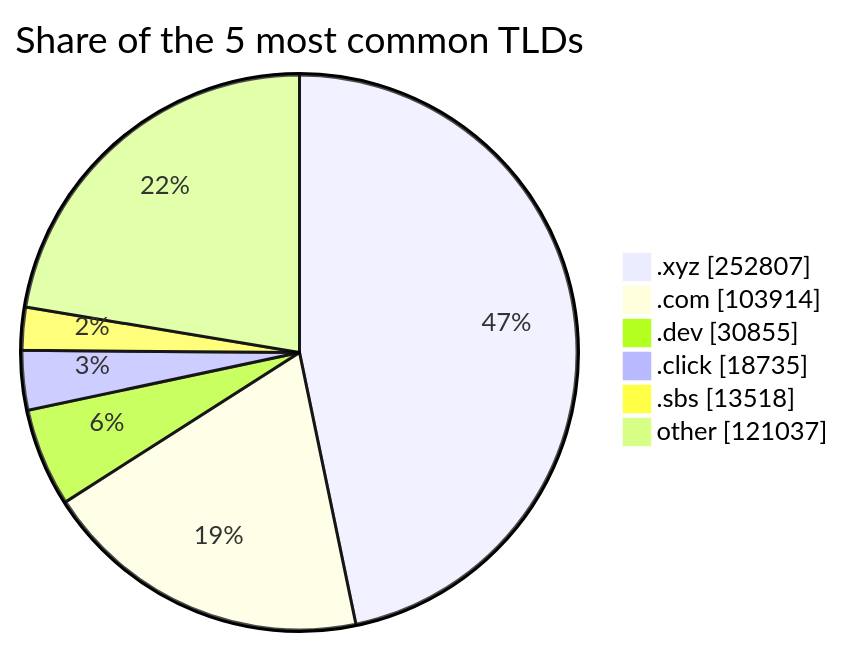
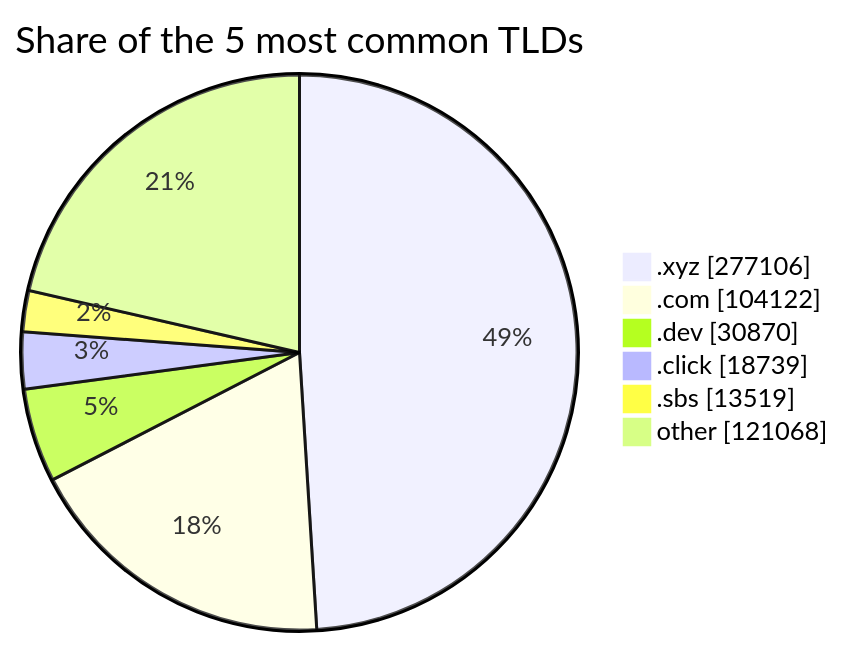
Before and after one commit to DNSBunker/CTI: the third of 3 diagrams in README.md, drawn with Mermaid. The commit also changed other lines of this file and 3 other files, not shown here.

````diff
--- a/README.md
+++ b/README.md
@@ -81,9 +81,9 @@
 ```mermaid
 pie showData title Share of the 5 most common TLDs
-    ".xyz" : 252807
-    ".com" : 103914
-    ".dev" : 30855
-    ".click" : 18735
-    ".sbs" : 13518
-    "other" : 121037
+    ".xyz" : 277106
+    ".com" : 104122
+    ".dev" : 30870
+    ".click" : 18739
+    ".sbs" : 13519
+    "other" : 121068
 ```
````
